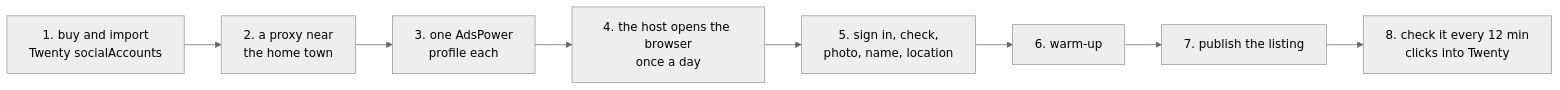
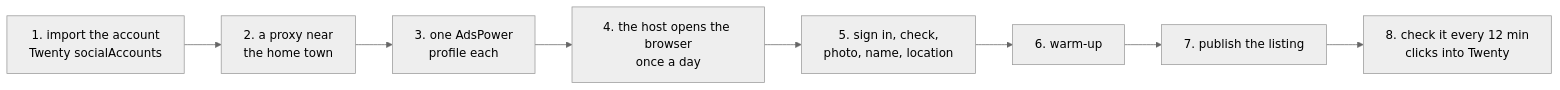
Before and after one commit to matthewdonsemail-lab/log: the first of 2 diagrams in docs/useCases/facebook/marketplaceListings.md, drawn with Mermaid (neutral theme). The commit also changed other lines of this file and 11 other files, not shown here.

````diff
--- a/docs/useCases/facebook/marketplaceListings.md
+++ b/docs/useCases/facebook/marketplaceListings.md
@@ -9,10 +9,10 @@
 ```mermaid
 flowchart LR
-  buy["1. buy and import<br/>Twenty socialAccounts"] --> proxy["2. a proxy near<br/>the home town"]
+  buy["1. import the account<br/>Twenty socialAccounts"] --> proxy["2. a proxy near<br/>the home town"]
   proxy --> device["3. one AdsPower<br/>profile each"]
   device --> host["4. the host opens the browser<br/>once a day"]
   host --> setup["5. sign in, check,<br/>photo, name, location"]
   setup --> warm["6. warm-up"]
   warm --> publish["7. publish the listing"]
   publish --> check["8. check it every 12 min<br/>clicks into Twenty"]
 ```
````
